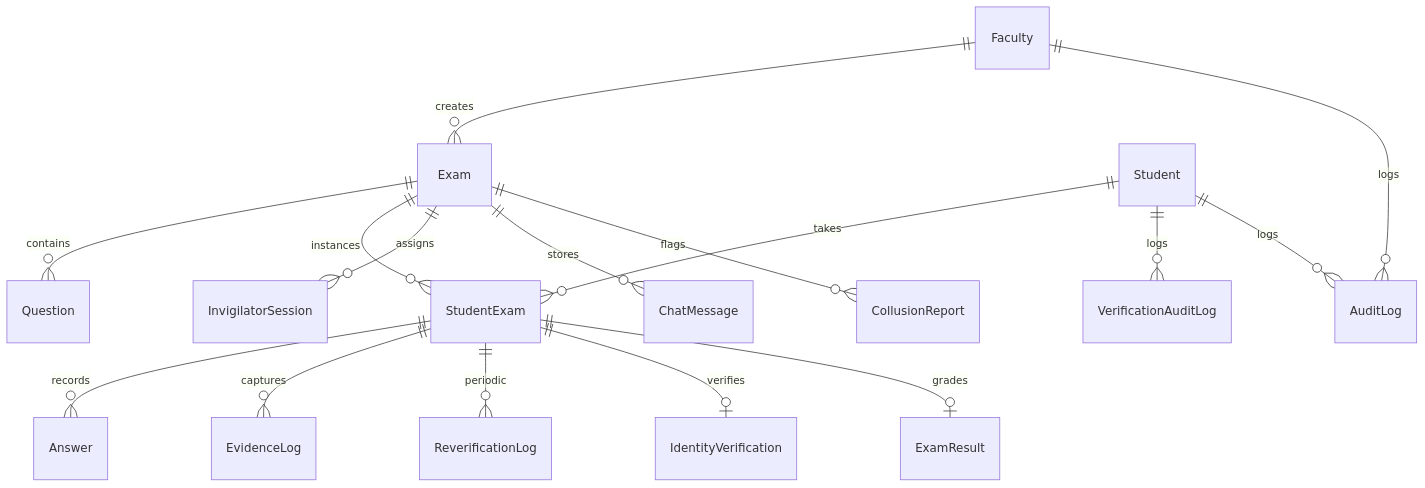
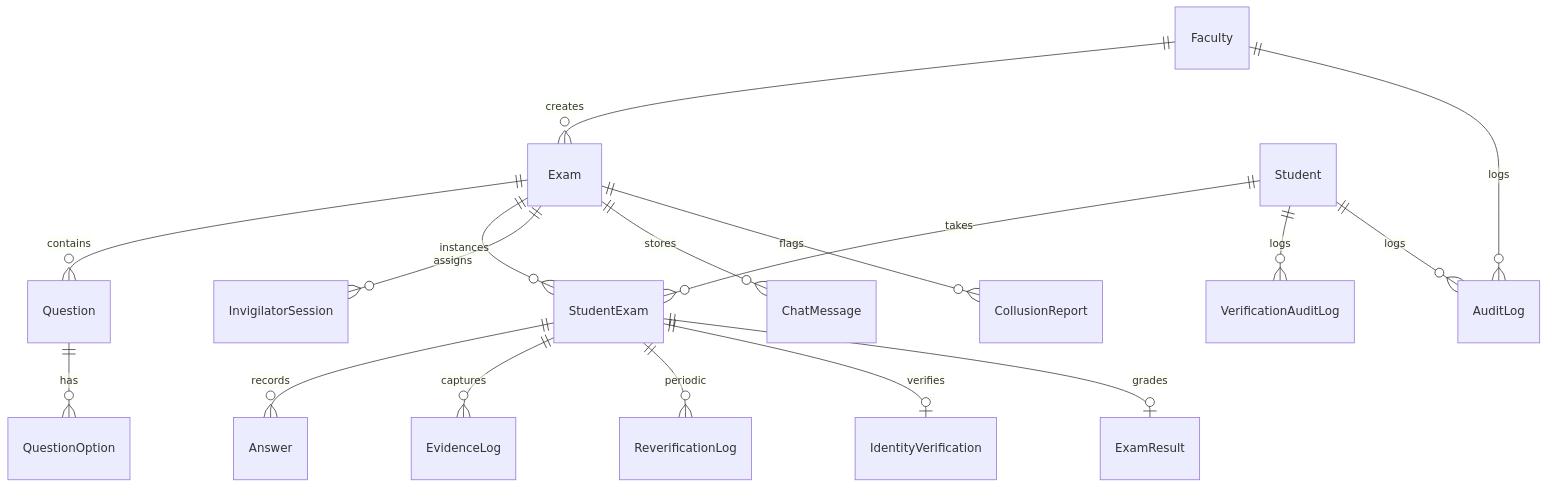
Before and after one commit to SudeepKagi/online-exam-proctoring: the fourth of 4 diagrams in README.md, drawn with Mermaid. The commit also changed other lines of this file and 46 other files, not shown here.

````diff
--- a/README.md
+++ b/README.md
@@ -336,20 +335,21 @@
 ```mermaid
 erDiagram
     Faculty ||--o{ Exam : creates
     Exam ||--o{ Question : contains
+    Question ||--o{ QuestionOption : has
     Exam ||--o{ StudentExam : instances
     Student ||--o{ StudentExam : takes
     Student ||--o{ VerificationAuditLog : logs
     Faculty ||--o{ AuditLog : logs
     Student ||--o{ AuditLog : logs
     
     StudentExam ||--o{ Answer : records
     StudentExam ||--o{ EvidenceLog : captures
     StudentExam ||--o{ ReverificationLog : periodic
     StudentExam ||--o| IdentityVerification : verifies
     StudentExam ||--o| ExamResult : grades
     
     Exam ||--o{ InvigilatorSession : assigns
     Exam ||--o{ ChatMessage : stores
     Exam ||--o{ CollusionReport : flags
 ```
````
